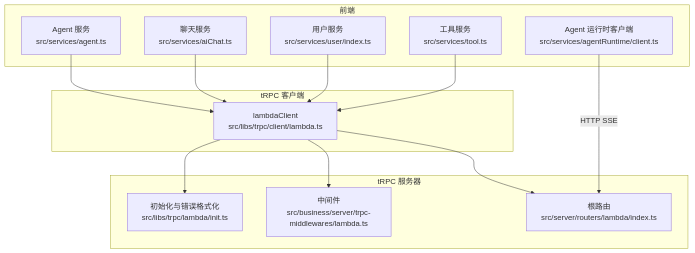
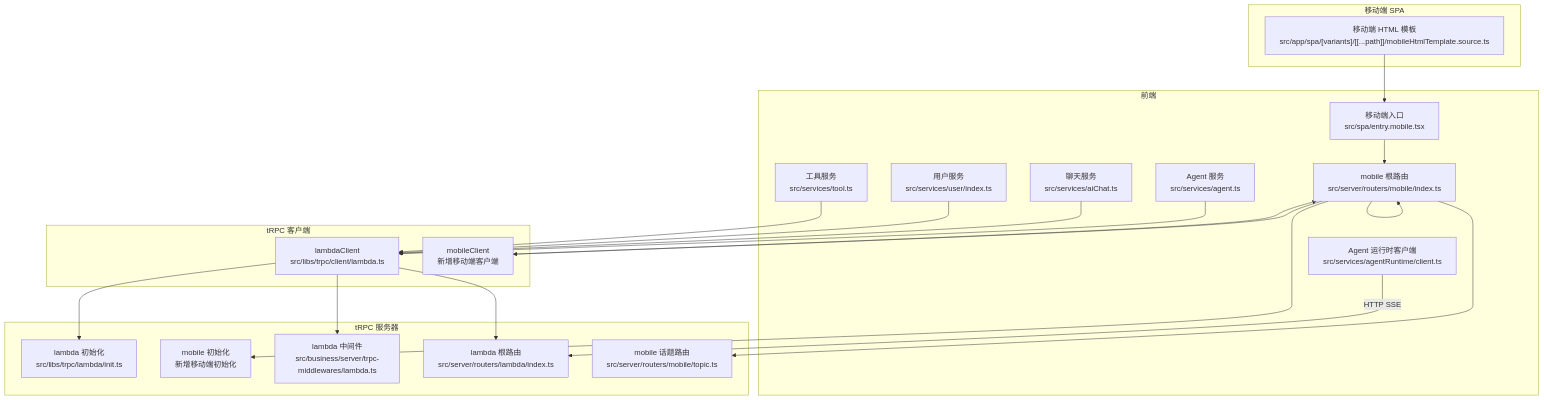
One commit to AvatoLabs/avato changed the first of 12 diagrams in .qoder/repowiki/zh/content/核心功能模块/API 服务层.md. Above: the diagram before and after it, drawn with Mermaid. The commit also changed other lines of this file and 50 other files, not shown here.

````diff
--- a/.qoder/repowiki/zh/content/核心功能模块/API 服务层.md
+++ b/.qoder/repowiki/zh/content/核心功能模块/API 服务层.md
@@ -50,26 +68,42 @@
 ```mermaid
 graph TB
 subgraph "前端"
 SVC_Agent["Agent 服务<br/>src/services/agent.ts"]
 SVC_AiChat["聊天服务<br/>src/services/aiChat.ts"]
 SVC_User["用户服务<br/>src/services/user/index.ts"]
 SVC_Tool["工具服务<br/>src/services/tool.ts"]
 AR_Client["Agent 运行时客户端<br/>src/services/agentRuntime/client.ts"]
+MOBILE_ENTRY["移动端入口<br/>src/spa/entry.mobile.tsx"]
+MOBILE_ROUTER["移动端路由配置<br/>src/spa/router/mobileRouter.config.tsx"]
 end
 subgraph "tRPC 客户端"
 LAMBDA_CLIENT["lambdaClient<br/>src/libs/trpc/client/lambda.ts"]
+MOBILE_CLIENT["mobileClient<br/>新增移动端客户端"]
 end
 subgraph "tRPC 服务器"
-INIT["初始化与错误格式化<br/>src/libs/trpc/lambda/init.ts"]
-MIDDLEWARE["中间件<br/>src/business/server/trpc-middlewares/lambda.ts"]
-ROOT_ROUTER["根路由<br/>src/server/routers/lambda/index.ts"]
+LAMBDA_INIT["lambda 初始化<br/>src/libs/trpc/lambda/init.ts"]
+MOBILE_INIT["mobile 初始化<br/>新增移动端初始化"]
+LAMBDA_MIDDLEWARE["lambda 中间件<br/>src/business/server/trpc-middlewares/lambda.ts"]
+ROOT_ROUTER["lambda 根路由<br/>src/server/routers/lambda/index.ts"]
+MOBILE_ROUTER["mobile 根路由<br/>src/server/routers/mobile/index.ts"]
+TOPIC_ROUTER["mobile 话题路由<br/>src/server/routers/mobile/topic.ts"]
+end
+subgraph "移动端 SPA"
+MOBILE_HTML["移动端 HTML 模板<br/>src/app/spa/[variants]/[[...path]]/mobileHtmlTemplate.source.ts"]
 end
 SVC_Agent --> LAMBDA_CLIENT
 SVC_AiChat --> LAMBDA_CLIENT
 SVC_User --> LAMBDA_CLIENT
 SVC_Tool --> LAMBDA_CLIENT
 AR_Client --> |HTTP SSE| ROOT_ROUTER
-LAMBDA_CLIENT --> INIT
-LAMBDA_CLIENT --> MIDDLEWARE
+LAMBDA_CLIENT --> LAMBDA_INIT
+LAMBDA_CLIENT --> LAMBDA_MIDDLEWARE
 LAMBDA_CLIENT --> ROOT_ROUTER
+MOBILE_ENTRY --> MOBILE_ROUTER
+MOBILE_ROUTER --> MOBILE_ROUTER
+MOBILE_ROUTER --> MOBILE_INIT
+MOBILE_ROUTER --> MOBILE_CLIENT
+MOBILE_CLIENT --> MOBILE_ROUTER
+MOBILE_ROUTER --> TOPIC_ROUTER
+MOBILE_HTML --> MOBILE_ENTRY
 ```
````
